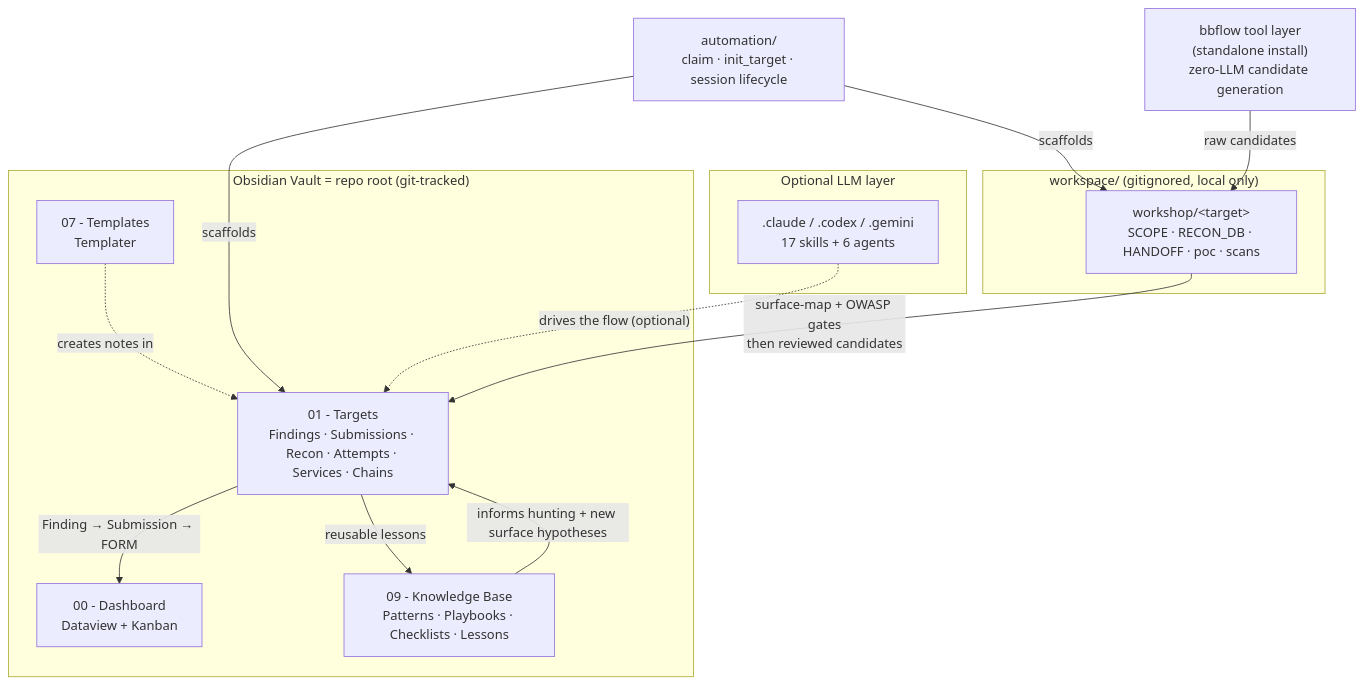
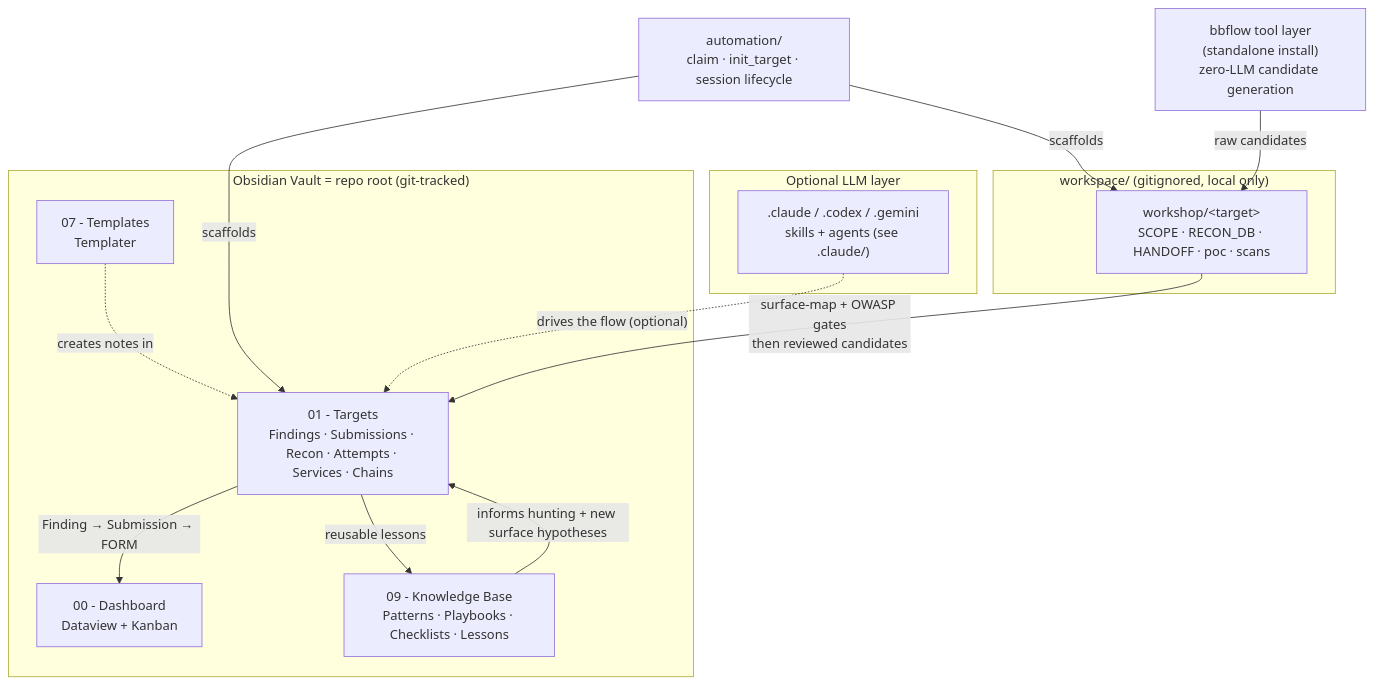
One commit to guan4tou2/bug-bounty-vault-framework changed the first of 2 diagrams in README.md. Above: the diagram before and after it, drawn with Mermaid. The commit also changed other lines of this file, not shown here.

Commit message:
[fix] README drift C06: drop hardcoded skill/agent counts
README said "17 skills + 6 agents" (mermaid + table); actual canonical is 26/23.
Replace the drift-prone numbers with "skills + agents (see .claude/)" so the
figure can't go stale again (per consolidation plan §9 C06).

````diff
--- a/README.md
+++ b/README.md
@@ -11,27 +11,27 @@
 ```mermaid
 flowchart TB
   subgraph VAULT["Obsidian Vault = repo root (git-tracked)"]
     DASH["00 - Dashboard<br/>Dataview + Kanban"]
     TGT["01 - Targets<br/>Findings · Submissions · Recon · Attempts · Services · Chains"]
     TPL["07 - Templates<br/>Templater"]
     KB["09 - Knowledge Base<br/>Patterns · Playbooks · Checklists · Lessons"]
   end
   subgraph LLM["Optional LLM layer"]
-    SK[".claude / .codex / .gemini<br/>17 skills + 6 agents"]
+    SK[".claude / .codex / .gemini<br/>skills + agents (see .claude/)"]
   end
   subgraph LOCAL["workspace/ (gitignored, local only)"]
     WS["workshop/&lt;target&gt;<br/>SCOPE · RECON_DB · HANDOFF · poc · scans"]
   end
   AUTO["automation/<br/>claim · init_target · session lifecycle"]
   HUNT["bbflow tool layer<br/>(standalone install)<br/>zero-LLM candidate generation"]
 
   AUTO -->|scaffolds| TGT
   AUTO -->|scaffolds| WS
   HUNT -->|"raw candidates"| WS
   WS -->|"surface-map + OWASP gates<br/>then reviewed candidates"| TGT
   TGT -->|"Finding → Submission → FORM"| DASH
   TGT -->|"reusable lessons"| KB
   KB -->|"informs hunting + new surface hypotheses"| TGT
   TPL -.->|"creates notes in"| TGT
   SK -.->|"drives the flow (optional)"| TGT
 ```
````
